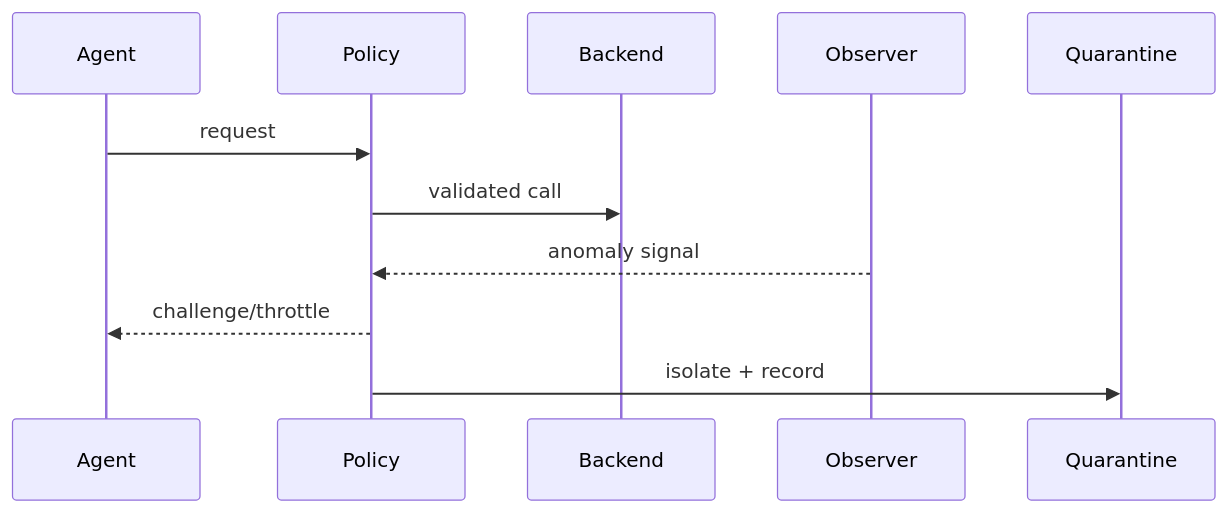
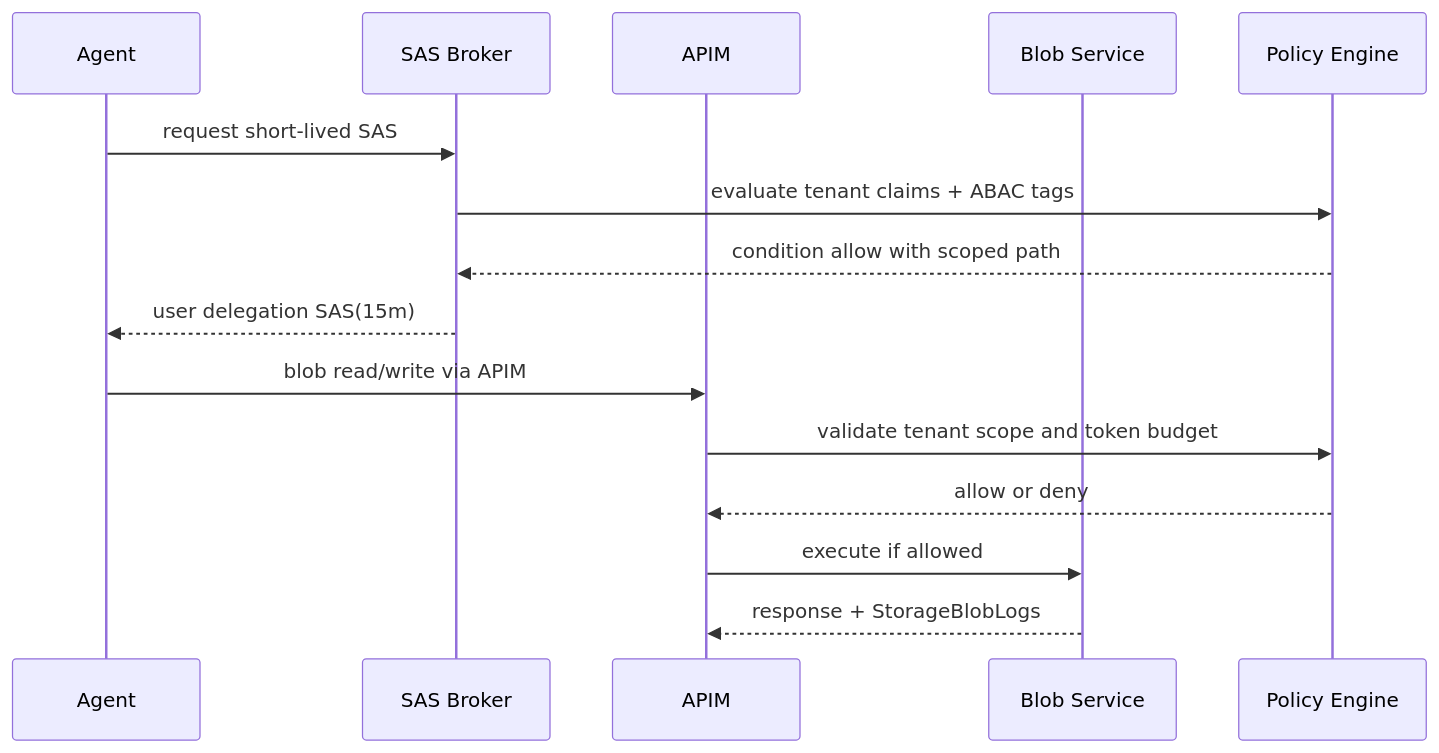
The second of 2 diagrams in docs/azure-agent-infra/storage-blob-abac-sas-delegation-worm-agent-artifacts-faq-r1104.md (turbo998/ai-infra-lab), drawn with Mermaid before and after one commit. The commit also changed other lines of this file and 13 other files, not shown here.

````diff
--- a/docs/azure-agent-infra/storage-blob-abac-sas-delegation-worm-agent-artifacts-faq-r1104.md
+++ b/docs/azure-agent-infra/storage-blob-abac-sas-delegation-worm-agent-artifacts-faq-r1104.md
@@ -146,13 +126,17 @@
 ```mermaid
 sequenceDiagram
   participant A as Agent
-  participant P as Policy
-  participant B as Backend
-  participant O as Observer
-  participant Q as Quarantine
-  A->>P: request
-  P->>B: validated call
-  O-->>P: anomaly signal
-  P-->>A: challenge/throttle
-  P->>Q: isolate + record
+  participant B as SAS Broker
+  participant G as APIM
+  participant S as Blob Service
+  participant P as Policy Engine
+  A->>B: request short-lived SAS
+  B->>P: evaluate tenant claims + ABAC tags
+  P-->>B: condition allow with scoped path
+  B-->>A: user delegation SAS(15m)
+  A->>G: blob read/write via APIM
+  G->>P: validate tenant scope and token budget
+  P-->>G: allow or deny
+  G->>S: execute if allowed
+  S-->>G: response + StorageBlobLogs
 ```
````
